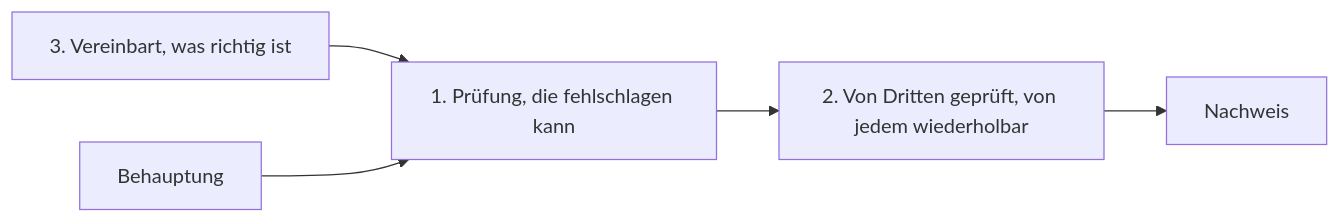
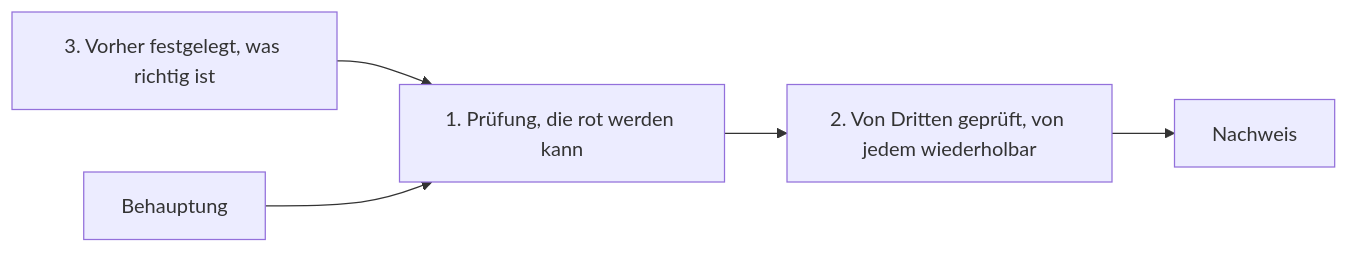
The second of 2 diagrams in content/blog/2026-11-20-code-got-cheap-trust-didnt.md (pulseengine/pulseengine.eu), drawn with Mermaid before and after one commit. The commit also changed other lines of this file, not shown here.

```diff
--- a/content/blog/2026-11-20-code-got-cheap-trust-didnt.md
+++ b/content/blog/2026-11-20-code-got-cheap-trust-didnt.md
@@ -87,7 +87,7 @@
 <pre class="mermaid">
 flowchart LR
-    D["3. Vereinbart, was richtig ist"] --> B
-    A["Behauptung"] --> B["1. Prüfung, die fehlschlagen kann"]
+    D["3. Vorher festgelegt, was richtig ist"] --> B
+    A["Behauptung"] --> B["1. Prüfung, die rot werden kann"]
     B --> C["2. Von Dritten geprüft, von jedem wiederholbar"]
     C --> E["Nachweis"]
 </pre>
```
